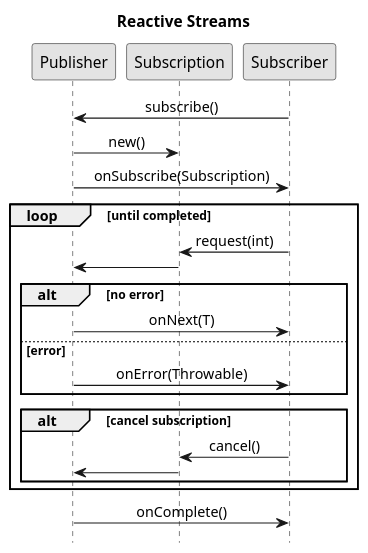
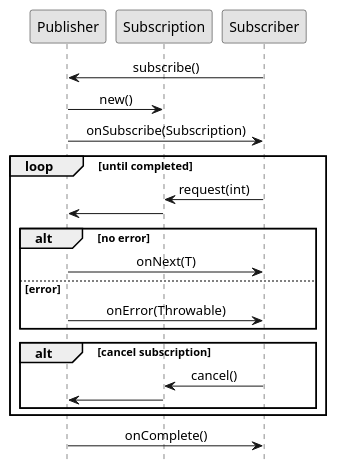
Before and after one commit to ti-cortex-m4/demo-java-reactive-streams-old: the diagram in images/diagram1.puml, drawn with PlantUML. The commit also changed 2 other files, not shown here.

```diff
--- a/images/diagram1.puml
+++ b/images/diagram1.puml
@@ -1,49 +1,49 @@
 @startuml
 
-scale 1.1
-title Reactive Streams
+'scale 1.1
+'title Reactive Streams
 hide footbox
 skinparam monochrome true
 'skinparam defaultFontName Source Sans Pro
 'skinparam titleFontSize 15
 skinparam sequenceMessageAlign center
 
 'skinparam sequence {
 'ArrowColor black
 'ActorBorderColor black
 'LifeLineBorderColor black
 'LifeLineBackgroundColor black
 '
 'ParticipantBorderColor black
 'ParticipantBackgroundColor white
 'ParticipantFontColor black
 '}
 
 participant Publisher
 participant Subscription
 participant Subscriber
 
 Subscriber -> Publisher : subscribe()
 Publisher -> Subscription : new()
 Publisher -> Subscriber : onSubscribe(Subscription)
 
 loop until completed
 Subscriber -> Subscription : request(int)
 Subscription -> Publisher
 
 alt no error
 Publisher -> Subscriber : onNext(T)
 else error
 Publisher -> Subscriber : onError(Throwable)
 end
 
 alt cancel subscription
 Subscriber -> Subscription : cancel()
 Subscription -> Publisher
 end
 
 end
 
 Publisher -> Subscriber : onComplete()
 
 @enduml
```
